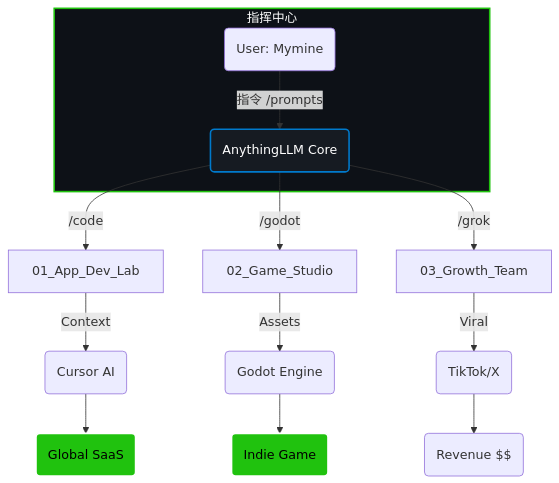
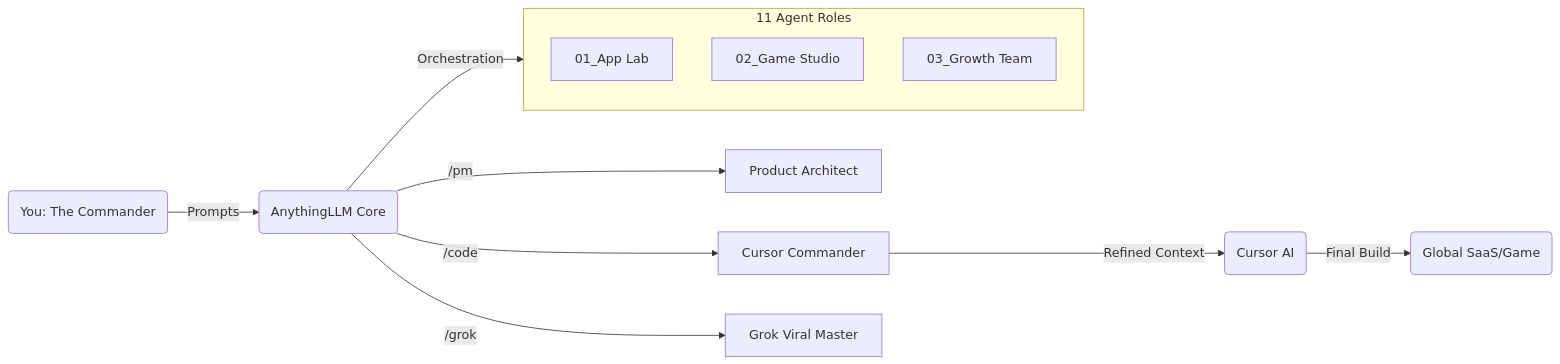
One commit to Alrescha0312/Alrescha0312 changed the diagram in README.md. Above: the diagram before and after it, drawn with Mermaid.

````diff
--- a/README.md
+++ b/README.md
@@ -16,23 +16,16 @@
 ```mermaid
-graph TD
-  subgraph Commander [指挥中心]
-    You(User: Mymine) -->|指令 /prompts| Brain(AnythingLLM Core)
-  end
-
-  Brain -->|/code| Dev[01_App_Dev_Lab]
-  Brain -->|/godot| Game[02_Game_Studio]
-  Brain -->|/grok| Mkt[03_Growth_Team]
-
-  Dev -->|Context| Cursor(Cursor AI)
-  Game -->|Assets| Godot(Godot Engine)
-  Mkt -->|Viral| Social(TikTok/X)
-
-  Cursor --> Product(Global SaaS)
-  Godot --> Product2(Indie Game)
-  Social --> Traffic(Revenue $$)
-
-  style Commander fill:#0d1117,stroke:#20C20E,stroke-width:2px,color:#fff
-  style Brain fill:#161b22,stroke:#007ACC,stroke-width:2px,color:#fff
-  style Product fill:#20C20E,stroke:#fff,stroke-width:2px,color:#000
-  style Product2 fill:#20C20E,stroke:#fff,stroke-width:2px,color:#000
+graph LR
+    Command(You: The Commander) -->|Prompts| Brain(AnythingLLM Core)
+    Brain -->|/pm| PM[Product Architect]
+    Brain -->|/code| Dev[Cursor Commander]
+    Brain -->|/grok| Mkt[Grok Viral Master]
+    subgraph Agents [11 Agent Roles]
+        direction TB
+        A[01_App Lab]
+        B[02_Game Studio]
+        C[03_Growth Team]
+    end
+    Brain -->|Orchestration| Agents
+    Dev -->|Refined Context| Cursor(Cursor AI)
+    Cursor -->|Final Build| Product(Global SaaS/Game)
 ```
````
